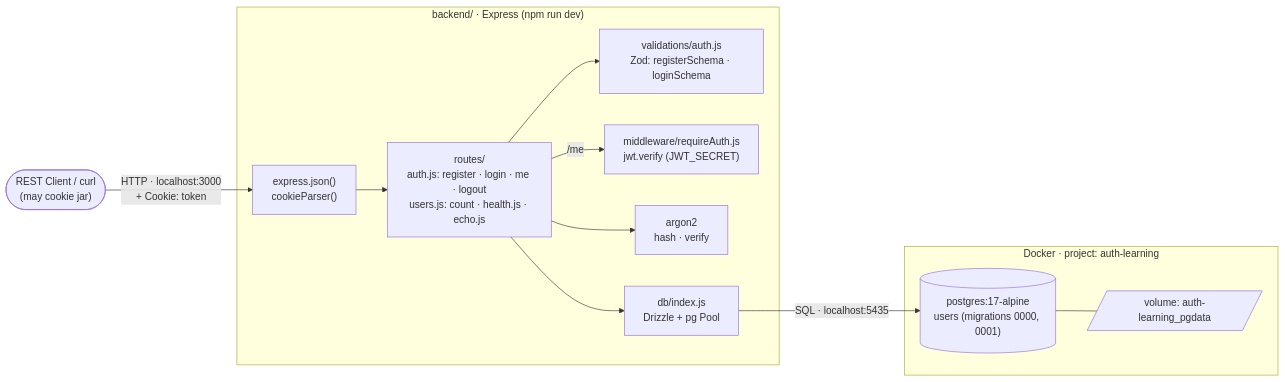
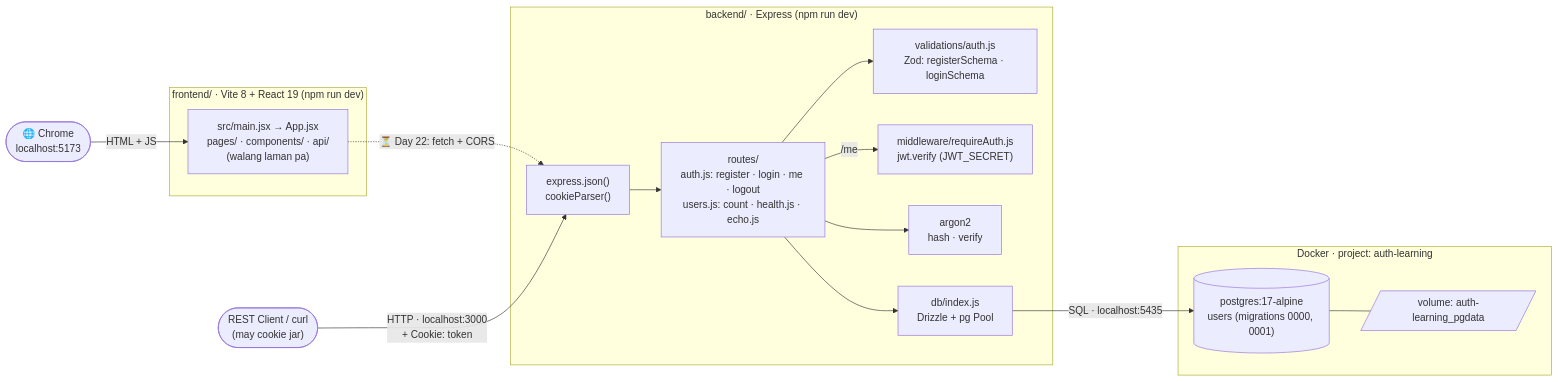
One commit to nelson1869-ai/auth-learning changed the first of 3 diagrams in docs/diagrams/00-architecture.md. Above: the diagram before and after it, drawn with Mermaid. The commit also changed other lines of this file and 3 other files, not shown here.

Commit message:
docs: day 20 notes, architecture diagram with the frontend, frontend README

````diff
--- a/docs/diagrams/00-architecture.md
+++ b/docs/diagrams/00-architecture.md
@@ -12,23 +12,28 @@
 ```mermaid
 flowchart LR
+    Browser(["🌐 Chrome<br/>localhost:5173"]) -->|"HTML + JS"| FE
+    subgraph FEG["frontend/ · Vite 8 + React 19 (npm run dev)"]
+        FE["src/main.jsx → App.jsx<br/>pages/ · components/ · api/<br/>(walang laman pa)"]
+    end
+    FE -. "⏳ Day 22: fetch + CORS" .-> MW
     Client(["REST Client / curl<br/>(may cookie jar)"]) -->|"HTTP · localhost:3000<br/>+ Cookie: token"| MW
     subgraph BE["backend/ · Express (npm run dev)"]
         MW["express.json()<br/>cookieParser()"]
         Routes["routes/<br/>auth.js: register · login · me · logout<br/>users.js: count · health.js · echo.js"]
         Val["validations/auth.js<br/>Zod: registerSchema · loginSchema"]
         Auth["middleware/requireAuth.js<br/>jwt.verify (JWT_SECRET)"]
         Hash["argon2<br/>hash · verify"]
         DB["db/index.js<br/>Drizzle + pg Pool"]
         MW --> Routes
         Routes --> Val
         Routes -->|"/me"| Auth
         Routes --> Hash
         Routes --> DB
     end
     DB -->|"SQL · localhost:5435"| PG
     subgraph Docker["Docker · project: auth-learning"]
         PG[("postgres:17-alpine<br/>users (migrations 0000, 0001)")]
         Vol[/"volume: auth-learning_pgdata"/]
         PG --- Vol
     end
 ```
````
